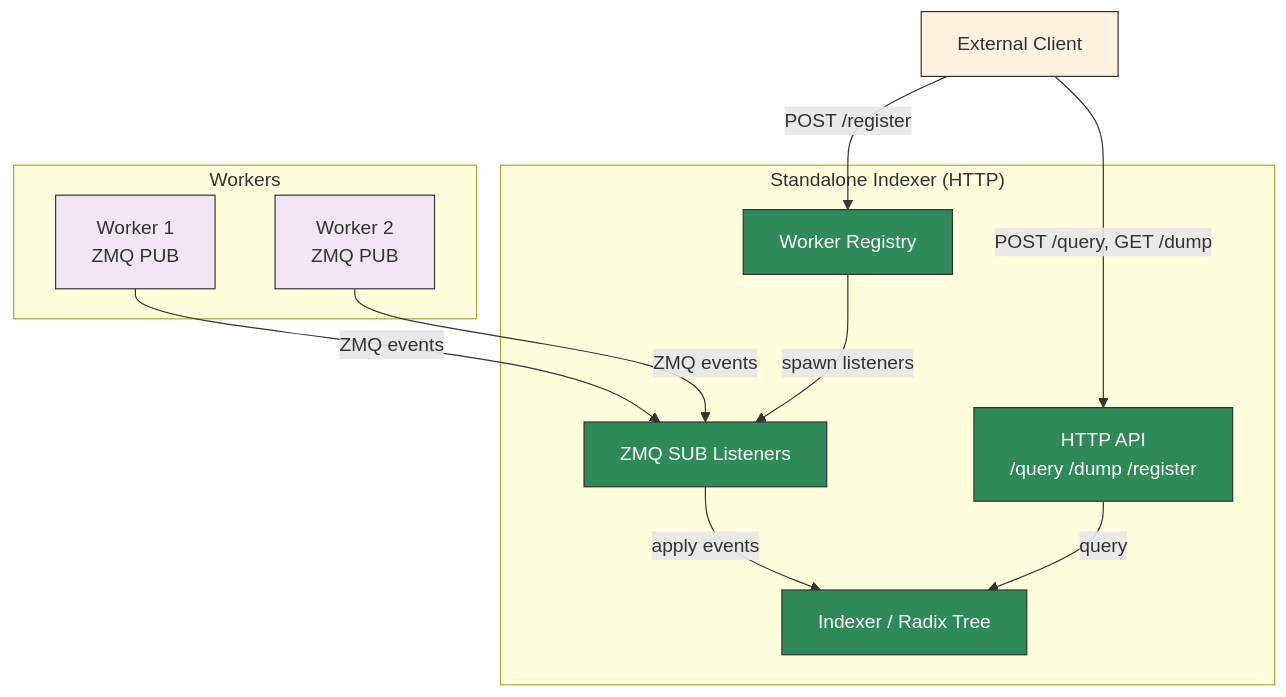
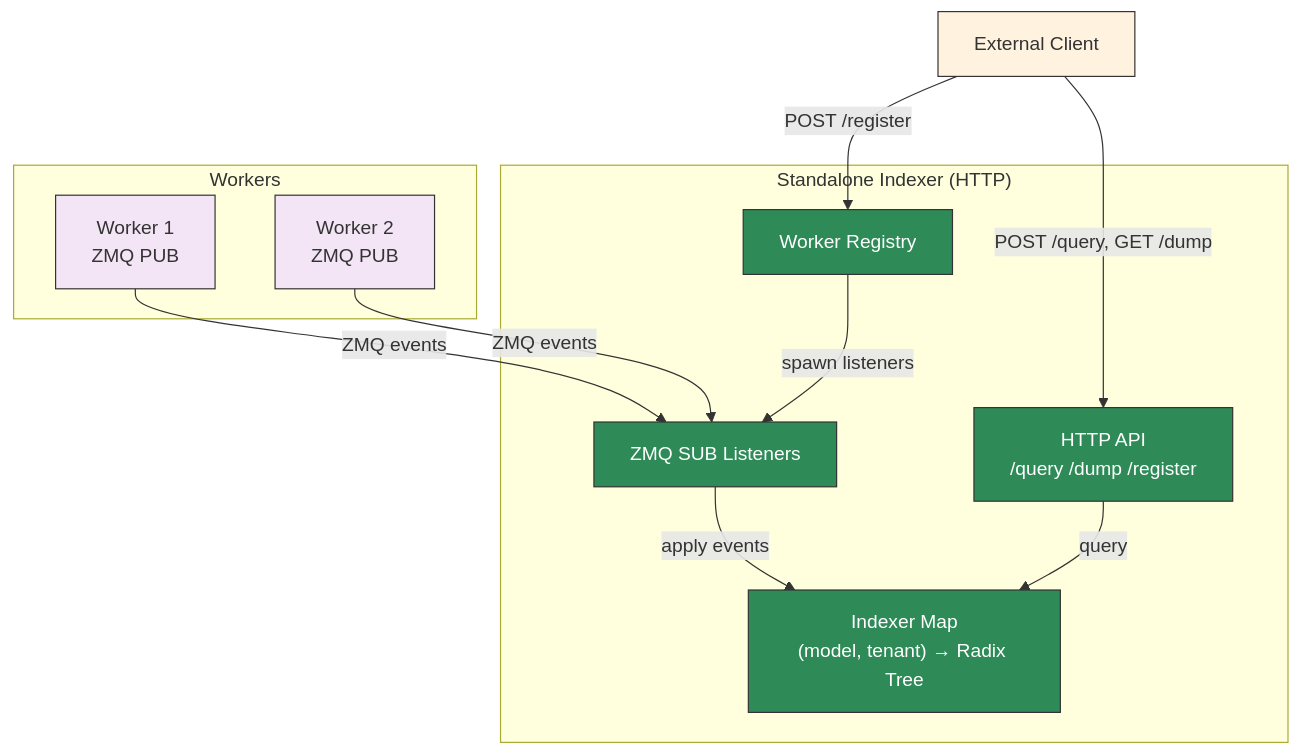
Before and after one commit to ai-dynamo/dynamo: the diagram in docs/components/router/standalone-indexer.md, drawn with Mermaid. The commit also changed other lines of this file and 5 other files, not shown here.

First line of the commit message:
feat(kv-indexer): multi-model and multi-tenant isolation

````diff
--- a/docs/components/router/standalone-indexer.md
+++ b/docs/components/router/standalone-indexer.md
@@ -146,32 +202,32 @@
 ```mermaid
 graph TD
     subgraph Workers
         W1[Worker 1<br/>ZMQ PUB]
         W2[Worker 2<br/>ZMQ PUB]
     end
 
     subgraph "Standalone Indexer (HTTP)"
         REG[Worker Registry]
         ZMQ[ZMQ SUB Listeners]
-        IDX[Indexer / Radix Tree]
+        IDX["Indexer Map<br/>(model, tenant) → Radix Tree"]
         HTTP[HTTP API<br/>/query /dump /register]
     end
 
     CLIENT[External Client]
 
     W1 -->|ZMQ events| ZMQ
     W2 -->|ZMQ events| ZMQ
     CLIENT -->|POST /register| REG
     REG -->|spawn listeners| ZMQ
     ZMQ -->|apply events| IDX
     CLIENT -->|POST /query, GET /dump| HTTP
     HTTP -->|query| IDX
 
     style W1 fill:#f3e5f5,stroke:#333,color:#333
     style W2 fill:#f3e5f5,stroke:#333,color:#333
     style IDX fill:#2e8b57,stroke:#333,color:#fff
     style ZMQ fill:#2e8b57,stroke:#333,color:#fff
     style REG fill:#2e8b57,stroke:#333,color:#fff
     style HTTP fill:#2e8b57,stroke:#333,color:#fff
     style CLIENT fill:#fff3e0,stroke:#333,color:#333
 ```
````
